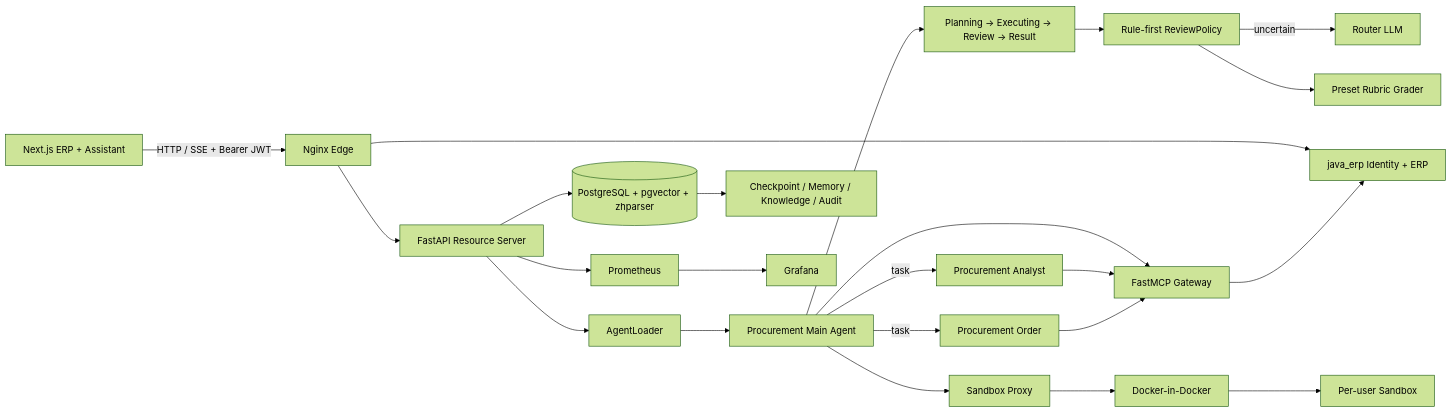
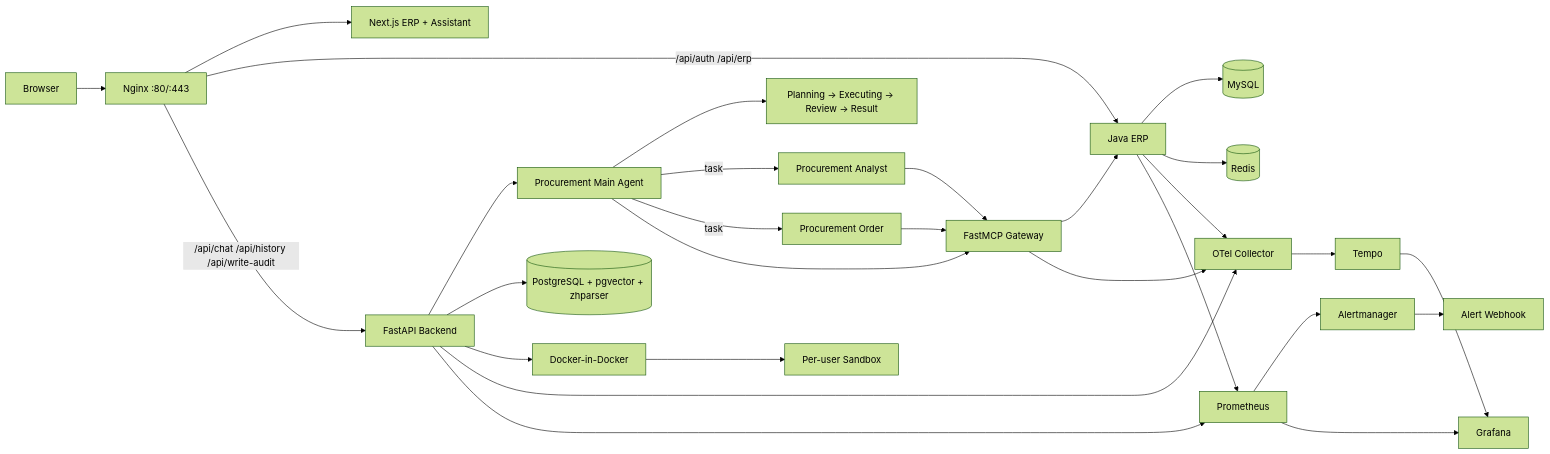
One commit to lyrwazbzh/AutoSupply-Agent changed the diagram in README.md. Above: the diagram before and after it, drawn with Mermaid (forest theme). The commit also changed other lines of this file, not shown here.

Commit message:
docs: rewrite README for parts procurement platform

````diff
--- a/README.md
+++ b/README.md
@@ -45,29 +147,33 @@
-```mermaid
+~~~mermaid
 flowchart LR
-    UI[Next.js ERP + Assistant] -->|HTTP / SSE + Bearer JWT| NGINX[Nginx Edge]
-    NGINX --> API[FastAPI Resource Server]
-    NGINX --> ERP[java_erp Identity + ERP]
-    API --> LOADER[AgentLoader]
-    LOADER --> MAIN[Procurement Main Agent]
+    USER[Browser] --> NGINX[Nginx :80/:443]
+    NGINX --> WEB[Next.js ERP + Assistant]
+    NGINX -->|/api/auth /api/erp| ERP[Java ERP]
+    NGINX -->|/api/chat /api/history /api/write-audit| API[FastAPI Backend]
 
-    MAIN --> HARNESS[Planning → Executing → Review → Result]
-    MAIN -->|task| ANALYST[Procurement Analyst]
-    MAIN -->|task| ORDER[Procurement Order]
-    HARNESS --> POLICY[Rule-first ReviewPolicy]
-    POLICY -->|uncertain| ROUTER[Router LLM]
-    POLICY --> RUBRIC[Preset Rubric Grader]
-
-    MAIN --> MCP[FastMCP Gateway]
+    API --> AGENT[Procurement Main Agent]
+    AGENT --> HARNESS[Planning → Executing → Review → Result]
+    AGENT -->|task| ANALYST[Procurement Analyst]
+    AGENT -->|task| ORDER[Procurement Order]
+    AGENT --> MCP[FastMCP Gateway]
     ANALYST --> MCP
     ORDER --> MCP
     MCP --> ERP
 
-    MAIN --> PROXY[Sandbox Proxy]
-    PROXY --> DIND[Docker-in-Docker]
+    ERP --> MYSQL[(MySQL)]
+    ERP --> REDIS[(Redis)]
+    API --> PG[(PostgreSQL + pgvector + zhparser)]
+    API --> DIND[Docker-in-Docker]
     DIND --> BOX[Per-user Sandbox]
 
-    API --> PG[(PostgreSQL + pgvector + zhparser)]
-    PG --> DATA[Checkpoint / Memory / Knowledge / Audit]
+    API --> OTEL[OTel Collector]
+    MCP --> OTEL
+    ERP --> OTEL
+    OTEL --> TEMPO[Tempo]
     API --> PROM[Prometheus]
+    ERP --> PROM
+    PROM --> ALERT[Alertmanager]
+    ALERT --> HOOK[Alert Webhook]
     PROM --> GRAFANA[Grafana]
-```
+    TEMPO --> GRAFANA
+~~~
````
